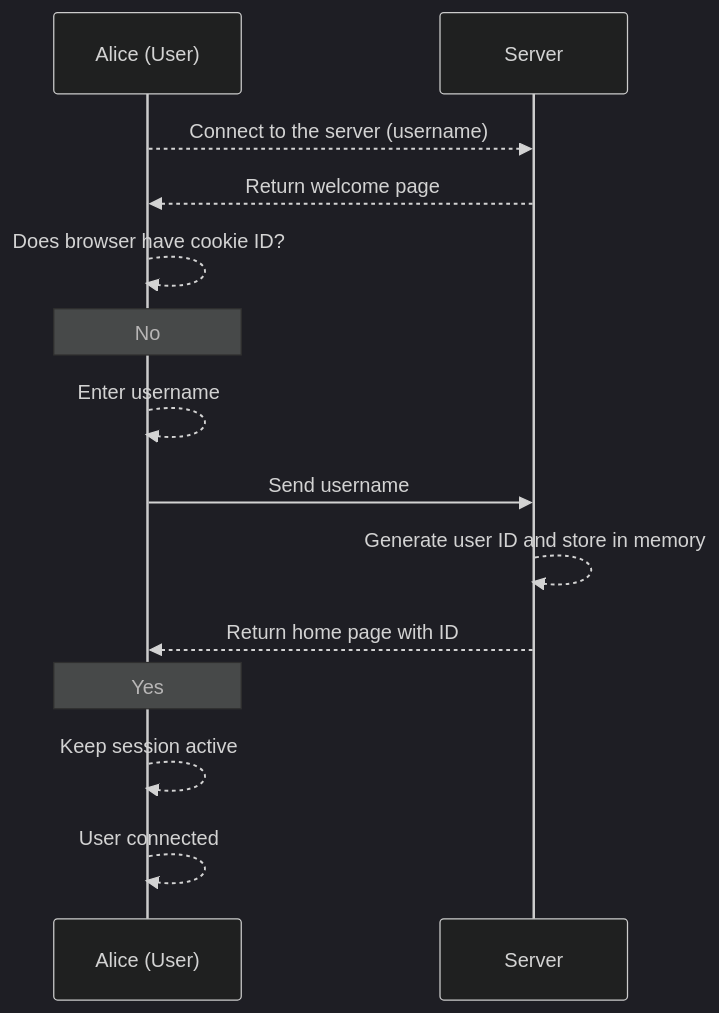
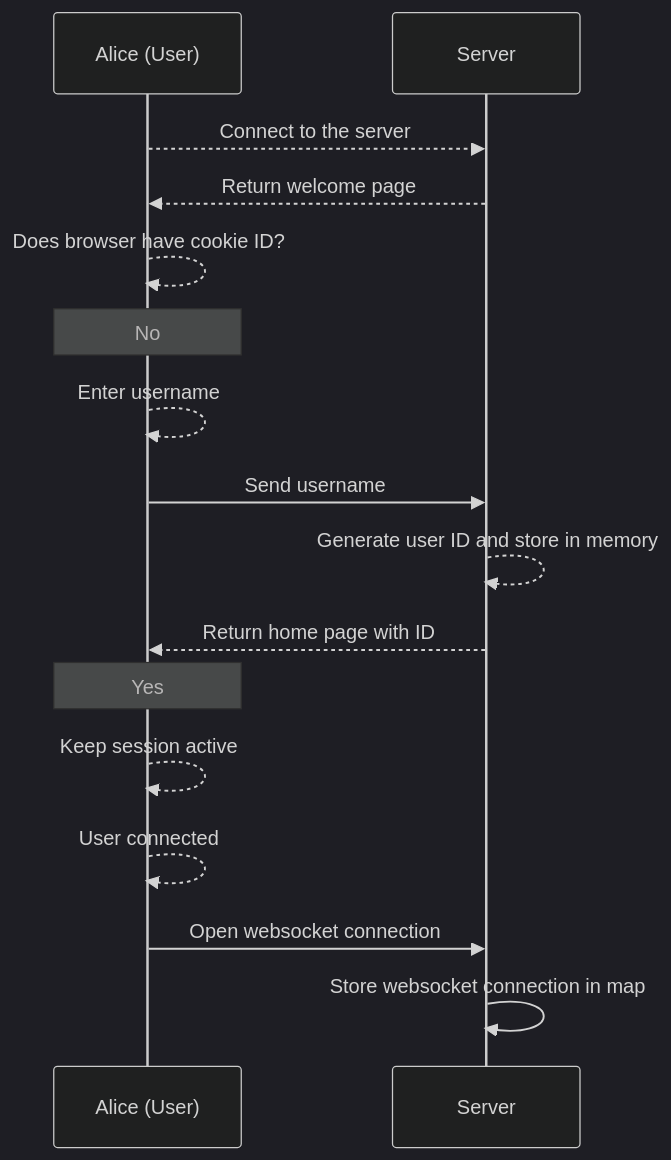
Before and after one commit to GuillaumeDorschner/RTU-CryptoChatApp: the first of 4 diagrams in Technical Design System.md, drawn with Mermaid (dark theme). The commit also changed other lines of this file and 1 other file, not shown here.

````diff
--- a/Technical Design System.md
+++ b/Technical Design System.md
@@ -33,17 +33,19 @@
 ```mermaid
 sequenceDiagram
     participant A as Alice (User)
     participant S as Server
 
-    A-->>S: Connect to the server (username)
+    A-->>S: Connect to the server
     S-->>A: Return welcome page
     A-->>A: Does browser have cookie ID?
     Note over A: No
     A-->>A: Enter username
     A->>S: Send username
     S-->>S: Generate user ID and store in memory
     S-->>A: Return home page with ID
     Note over A: Yes
     A-->>A: Keep session active
     A-->>A: User connected
+    A->>S: Open websocket connection
+    S->>S: Store websocket connection in map
 ```
````
